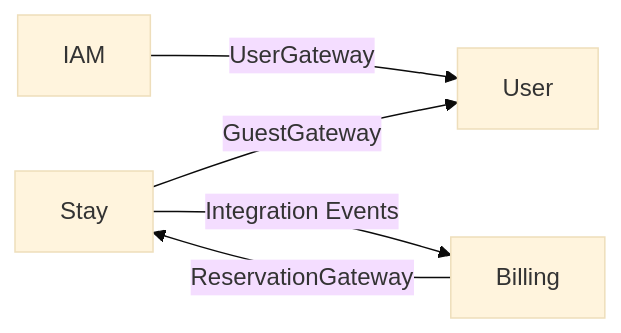
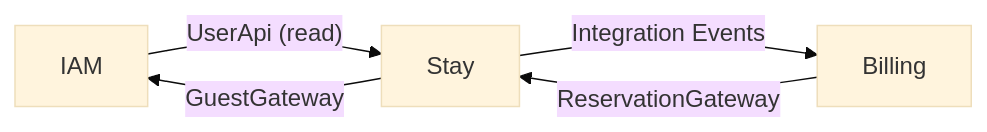
Before and after one commit to sahdoio/guesthub: the fifth of 6 diagrams in docs/event-storming.md, drawn with Mermaid (base theme). The commit also changed other lines of this file and 34 other files, not shown here.

Commit message:
feat: some architectural fixes

````diff
--- a/docs/event-storming.md
+++ b/docs/event-storming.md
@@ -481,7 +485,7 @@
 ```mermaid
 graph LR
-    IAM -- UserGateway --> IAM_User[User]
-    Stay -- GuestGateway --> IAM_User
+    IAM -- "UserApi (read)" --> Stay
+    Stay -- GuestGateway --> IAM
     Billing -- ReservationGateway --> Stay
     Stay -- "Integration Events" --> Billing
 ```
````
